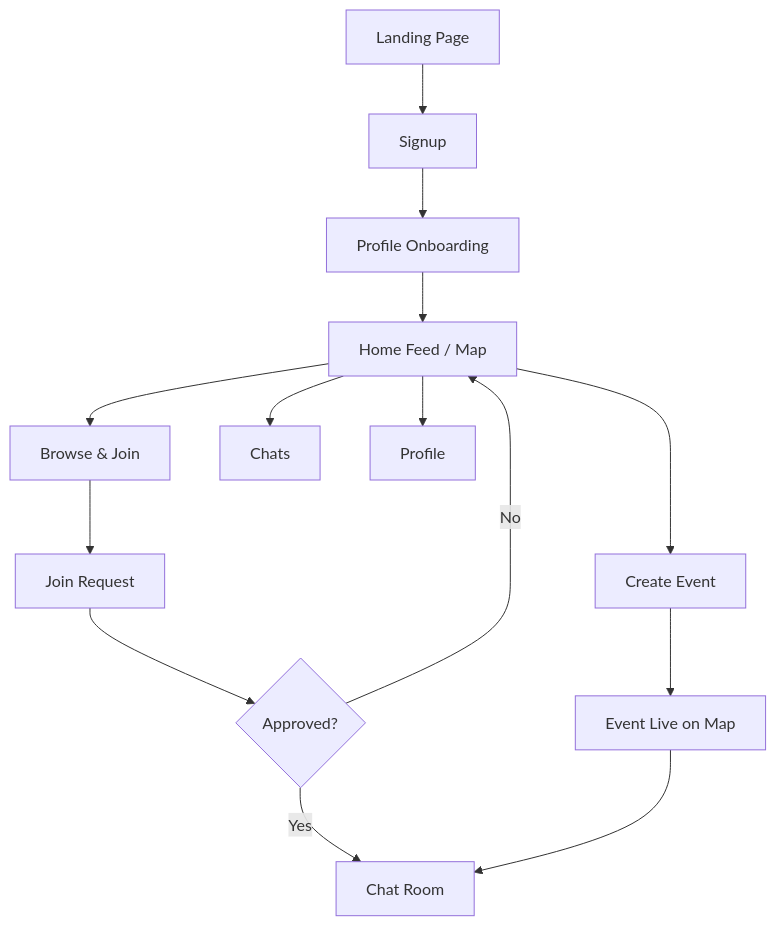
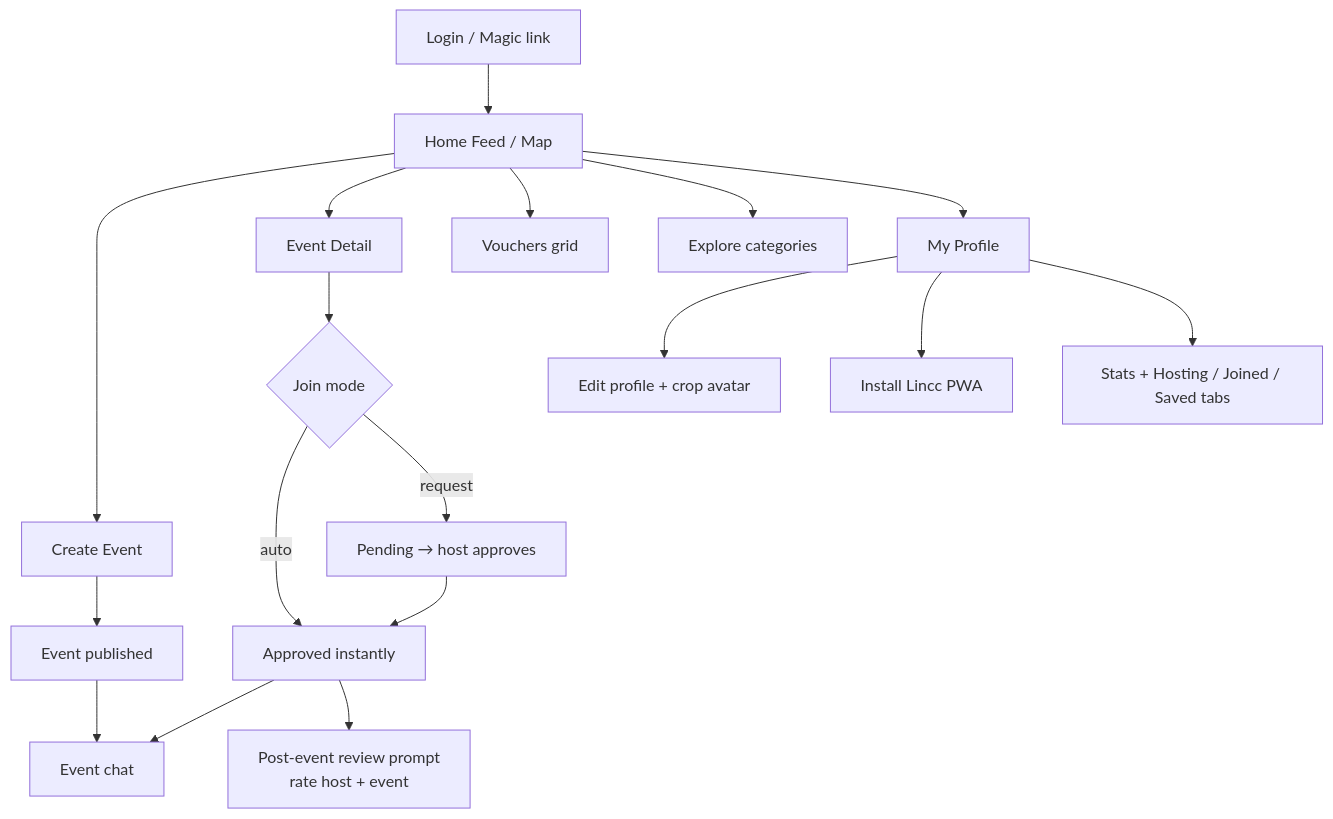
Before and after one commit to RyanLind28/lincc: the third of 6 diagrams in README.md, drawn with Mermaid. The commit also changed other lines of this file and 13 other files, not shown here.

````diff
--- a/README.md
+++ b/README.md
@@ -55,19 +106,23 @@
 ```mermaid
 flowchart TD
-    Landing[Landing Page] --> Signup
-    Signup --> Onboarding[Profile Onboarding]
-    Onboarding --> Home[Home Feed / Map]
+    Login[Login / Magic link] --> Home[Home Feed / Map]
+    Home --> CreateEvent[Create Event]
+    Home --> EventDetail[Event Detail]
+    Home --> Vouchers[Vouchers grid]
+    Home --> Explore[Explore categories]
+    Home --> Profile[My Profile]
 
-    Home --> Create[Create Event]
-    Home --> Browse[Browse & Join]
-    Home --> Chats[Chats]
-    Home --> Profile[Profile]
+    EventDetail --> Request{Join mode}
+    Request -->|auto| Joined[Approved instantly]
+    Request -->|request| Pending[Pending → host approves]
+    Pending --> Joined
+    Joined --> Chat[Event chat]
+    Joined --> Reviews[Post-event review prompt<br/>rate host + event]
 
-    Browse --> Request[Join Request]
-    Request --> Approved{Approved?}
-    Approved -->|Yes| ChatRoom[Chat Room]
-    Approved -->|No| Home
+    CreateEvent --> Live[Event published]
+    Live --> Chat
 
-    Create --> Live[Event Live on Map]
-    Live --> ChatRoom
+    Profile --> EditProfile[Edit profile + crop avatar]
+    Profile --> InstallApp[Install Lincc PWA]
+    Profile --> StatsAndTabs[Stats + Hosting / Joined / Saved tabs]
 ```
````
